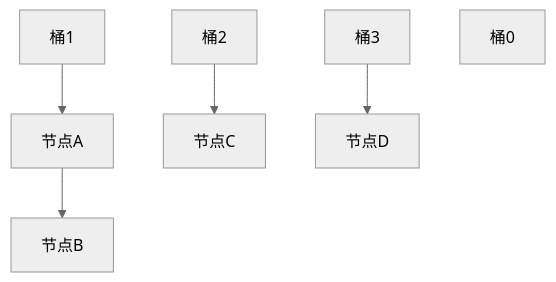
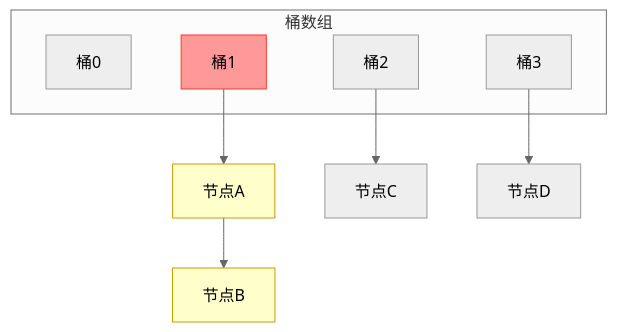
The third of 3 diagrams in docs/C++/英雄编程/第四章/unordered_set/4.10.1基础概念.md (y10111/y10111.github.io), drawn with Mermaid (neutral theme) before and after one commit. The commit also changed other lines of this file and 1 other file, not shown here.

Commit message:
修复4.11.1哈希表结构示意mermaid + 还原4.10.1原始mermaid

````diff
--- a/docs/C++/英雄编程/第四章/unordered_set/4.10.1基础概念.md
+++ b/docs/C++/英雄编程/第四章/unordered_set/4.10.1基础概念.md
@@ -59,8 +65,16 @@
 ```mermaid
 graph TD
-    B1[桶1] --> N1[节点A]
+    subgraph 桶数组
+        B0[桶0]
+        B1[桶1]
+        B2[桶2]
+        B3[桶3]
+    end
+    B1 --> N1[节点A]
     N1 --> N2[节点B]
-    B2[桶2] --> N3[节点C]
-    B3[桶3] --> N4[节点D]
-    B0[桶0]
+    B2 --> N3[节点C]
+    B3 --> N4[节点D]
+    style B1 fill:#f99,stroke:#f33
+    style N1 fill:#ffc,stroke:#c90
+    style N2 fill:#ffc,stroke:#c90
 ```
````
